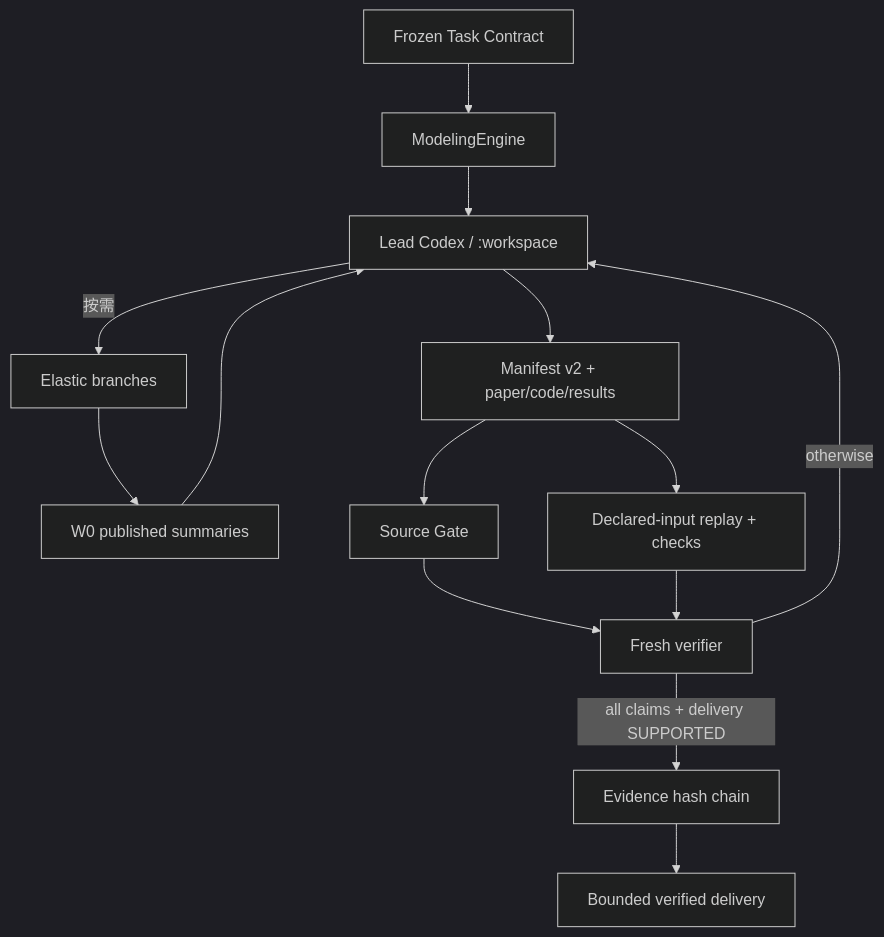
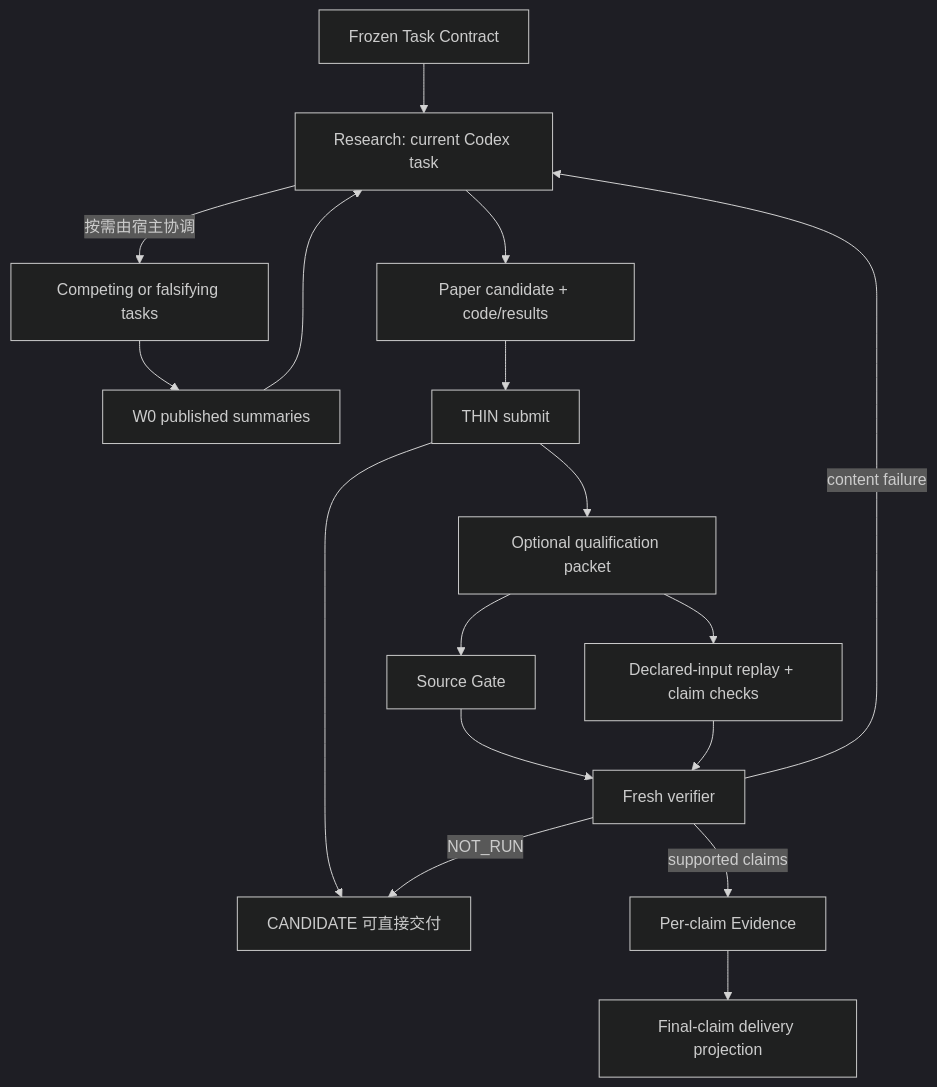
One commit to zx070326-hash/fma-trusted-modeling-agent changed the diagram in docs/architecture/THIN_MODELING_AGENT.md. Above: the diagram before and after it, drawn with Mermaid (dark theme). The commit also changed other lines of this file and 13 other files, not shown here.

Commit message:
Finalize the Codex-native THIN harness

````diff
--- a/docs/architecture/THIN_MODELING_AGENT.md
+++ b/docs/architecture/THIN_MODELING_AGENT.md
@@ -17,16 +18,19 @@
 ```mermaid
 flowchart TD
-    T["Frozen Task Contract"] --> E["ModelingEngine"]
-    E --> L["Lead Codex / :workspace"]
-    L -->|"按需"| B["Elastic branches"]
+    T["Frozen Task Contract"] --> L["Research: current Codex task"]
+    L -->|"按需由宿主协调"| B["Competing or falsifying tasks"]
     B --> K["W0 published summaries"]
     K --> L
-    L --> M["Manifest v2 + paper/code/results"]
+    L --> C["Paper candidate + code/results"]
+    C --> H["THIN submit"]
+    H --> OUT["CANDIDATE 可直接交付"]
+    H --> M["Optional qualification packet"]
     M --> SG["Source Gate"]
-    M --> RP["Declared-input replay + checks"]
+    M --> RP["Declared-input replay + claim checks"]
     SG --> FV["Fresh verifier"]
     RP --> FV
-    FV -->|"all claims + delivery SUPPORTED"| ES["Evidence hash chain"]
-    FV -->|"otherwise"| L
-    ES --> P["Bounded verified delivery"]
+    FV -->|"supported claims"| ES["Per-claim Evidence"]
+    FV -->|"content failure"| L
+    FV -->|"NOT_RUN"| OUT
+    ES --> P["Final-claim delivery projection"]
 ```
````
